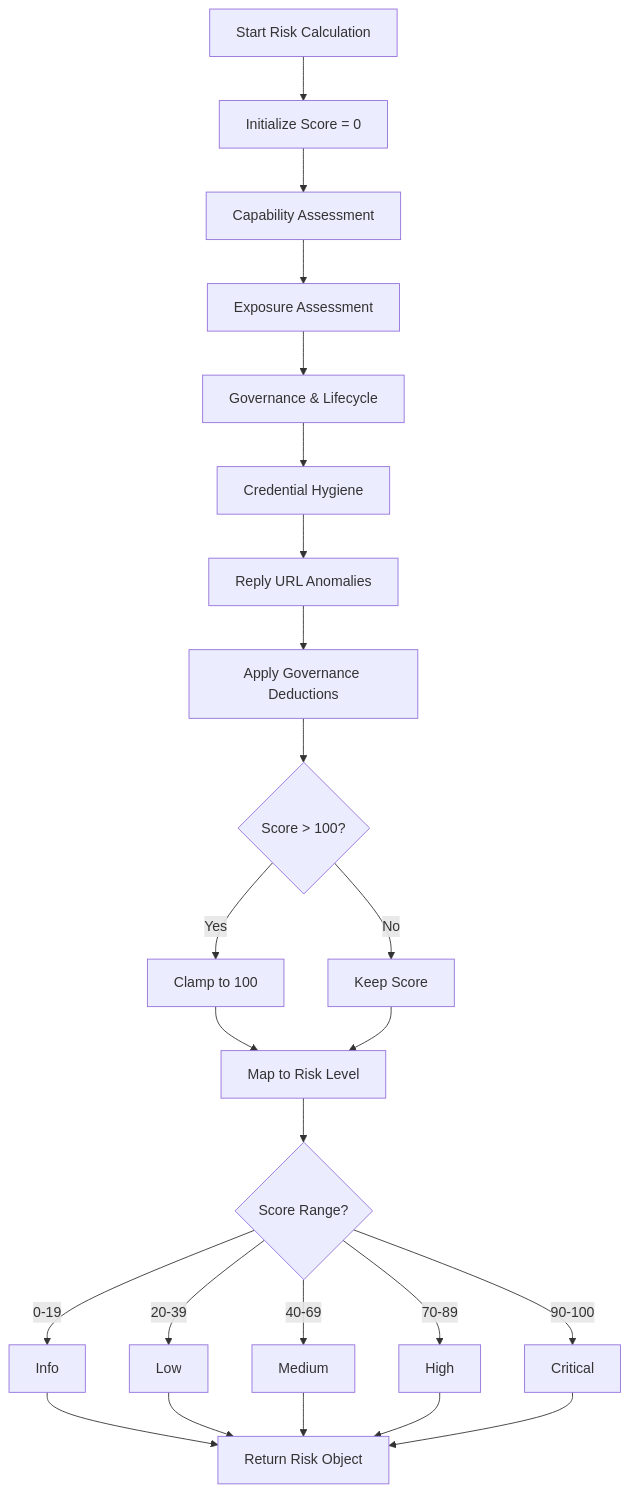
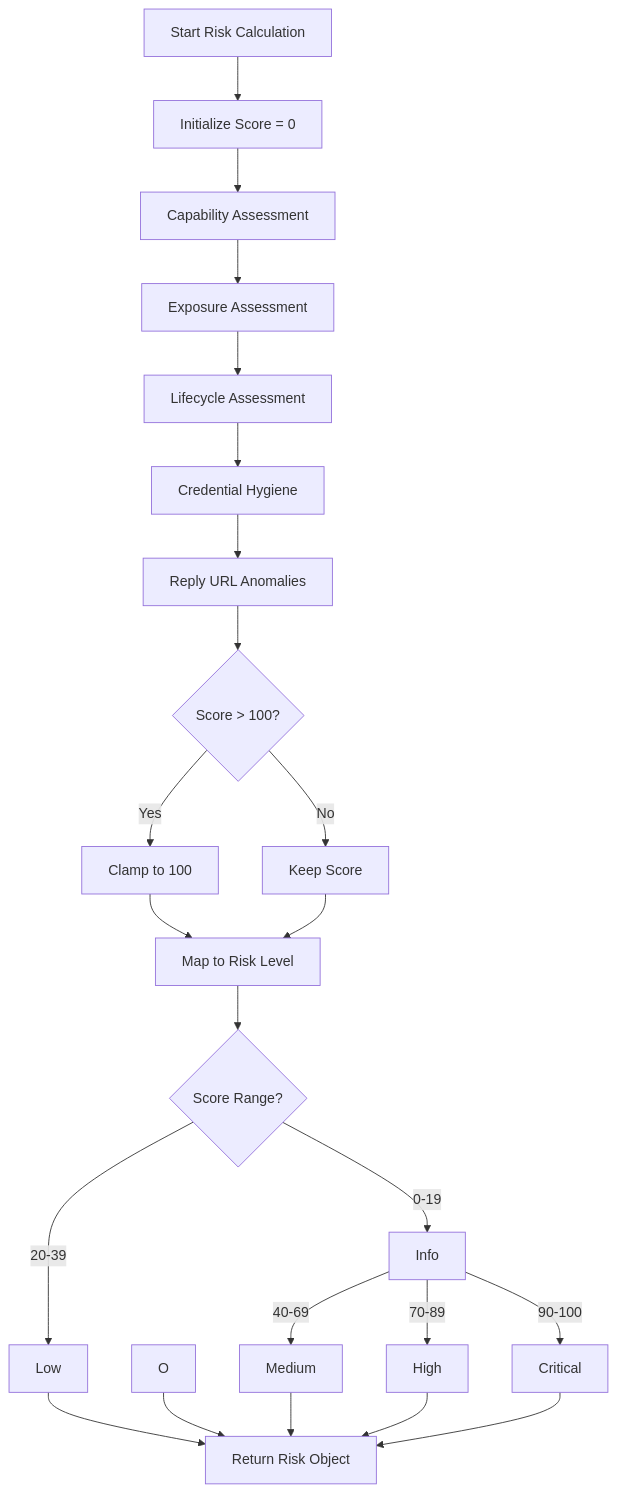
One commit to OID-See/OID-See changed the first of 8 diagrams in docs/scoring-logic.md. Above: the diagram before and after it, drawn with Mermaid. The commit also changed other lines of this file and 4 other files, not shown here.

````diff
--- a/docs/scoring-logic.md
+++ b/docs/scoring-logic.md
@@ -9,26 +9,25 @@
 ```mermaid
 flowchart TD
     A[Start Risk Calculation] --> B[Initialize Score = 0]
     B --> C[Capability Assessment]
     C --> D[Exposure Assessment]
-    D --> E[Governance & Lifecycle]
+    D --> E[Lifecycle Assessment]
     E --> F[Credential Hygiene]
     F --> G[Reply URL Anomalies]
-    G --> H[Apply Governance Deductions]
-    H --> I{Score > 100?}
-    I -->|Yes| J[Clamp to 100]
-    I -->|No| K[Keep Score]
-    J --> L[Map to Risk Level]
-    K --> L
-    L --> M{Score Range?}
-    M -->|0-19| N[Info]
-    M -->|20-39| O[Low]
+    G --> H{Score > 100?}
+    H -->|Yes| I[Clamp to 100]
+    H -->|No| J[Keep Score]
+    I --> K[Map to Risk Level]
+    J --> K
+    K --> L{Score Range?}
+    L -->|0-19| M[Info]
+    L -->|20-39| N[Low]
     M -->|40-69| P[Medium]
     M -->|70-89| Q[High]
     M -->|90-100| R[Critical]
     N --> S[Return Risk Object]
     O --> S
     P --> S
     Q --> S
     R --> S
 ```
````
